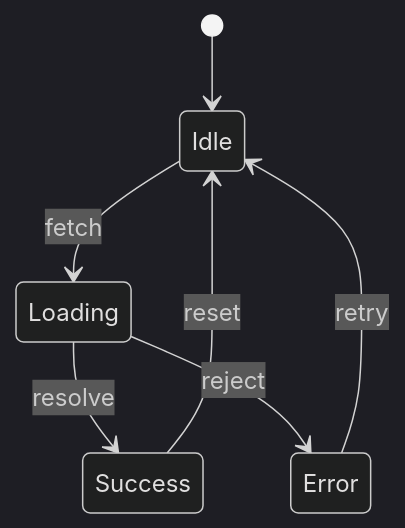
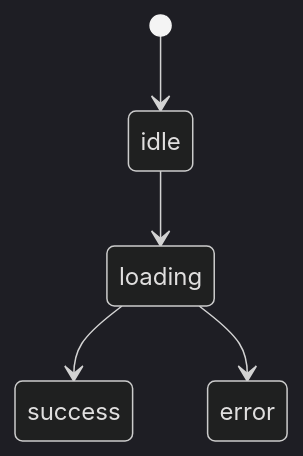
One commit to belinwu/simota-skills changed the third of 10 diagrams in canvas/references/diagram-templates.md. Above: the diagram before and after it, drawn with Mermaid (dark theme). The commit also changed other lines of this file and 13 other files, not shown here.

````diff
--- a/canvas/references/diagram-templates.md
+++ b/canvas/references/diagram-templates.md
@@ -79,9 +50,7 @@
 ```mermaid
 stateDiagram-v2
-    [*] --> Idle
-    Idle --> Loading: fetch
-    Loading --> Success: resolve
-    Loading --> Error: reject
-    Success --> Idle: reset
-    Error --> Idle: retry
+    [*] --> idle
+    idle --> loading
+    loading --> success
+    loading --> error
 ```
````
